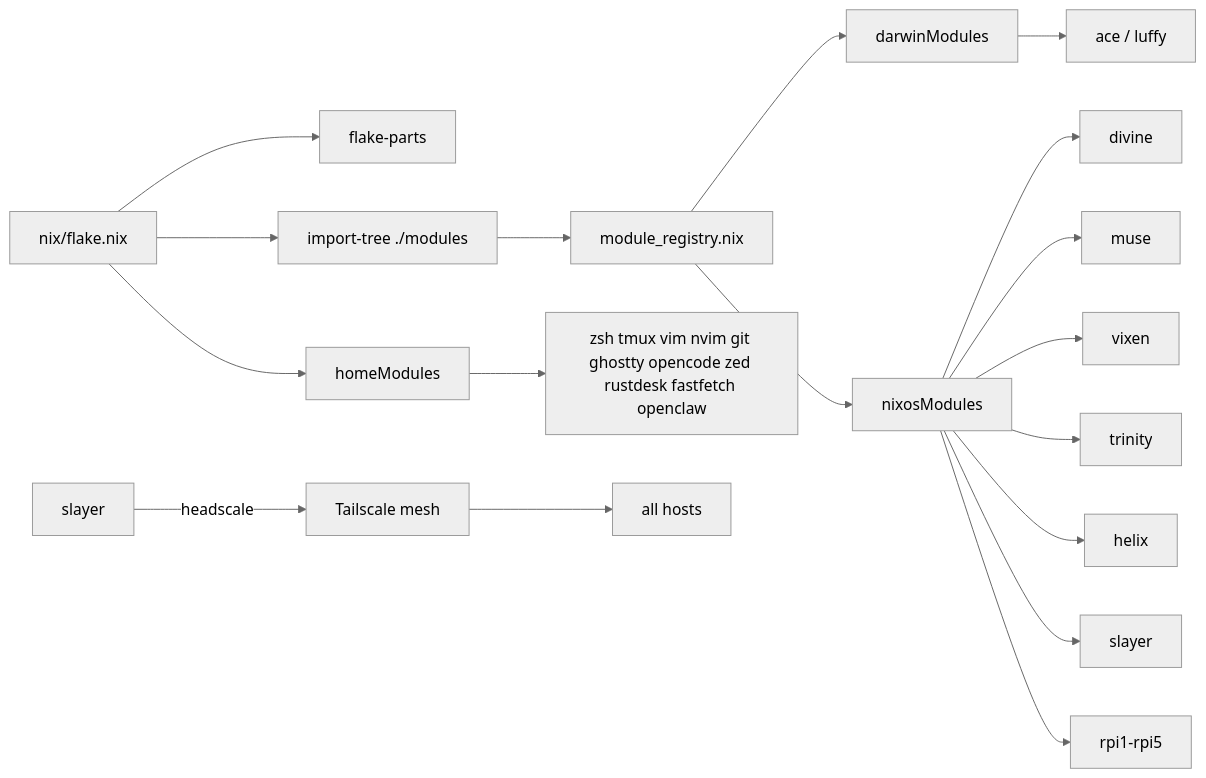
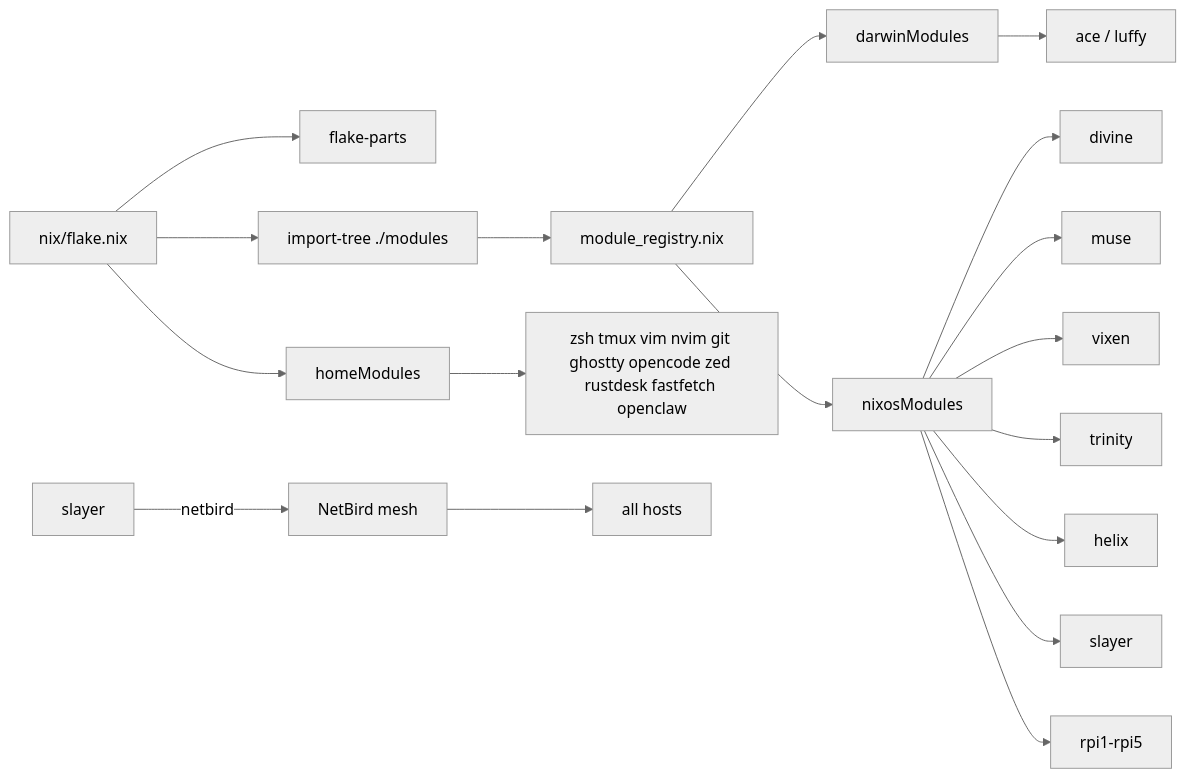
Before and after one commit to reezpatel/infra: the diagram in README.md, drawn with Mermaid (neutral theme). The commit also changed other lines of this file and 189 other files, not shown here.

````diff
--- a/README.md
+++ b/README.md
@@ -68,22 +68,22 @@
 ```mermaid
 flowchart LR
     A[nix/flake.nix] --> B[flake-parts]
     A --> C[import-tree ./modules]
     C --> D[module_registry.nix]
     D --> E[darwinModules]
     D --> F[nixosModules]
     A --> G[homeModules]
 
     E --> H[ace / luffy]
     F --> I[divine]
     F --> J[muse]
     F --> K[vixen]
     F --> L[trinity]
     F --> M[helix]
     F --> N[slayer]
     F --> O[rpi1-rpi5]
     G --> P[zsh tmux vim nvim git ghostty opencode zed rustdesk fastfetch openclaw]
 
-    slayer[slayer] -->|headscale| VPN[Tailscale mesh]
+    slayer[slayer] -->|netbird| VPN[NetBird mesh]
     VPN --> all[all hosts]
 ```
````
